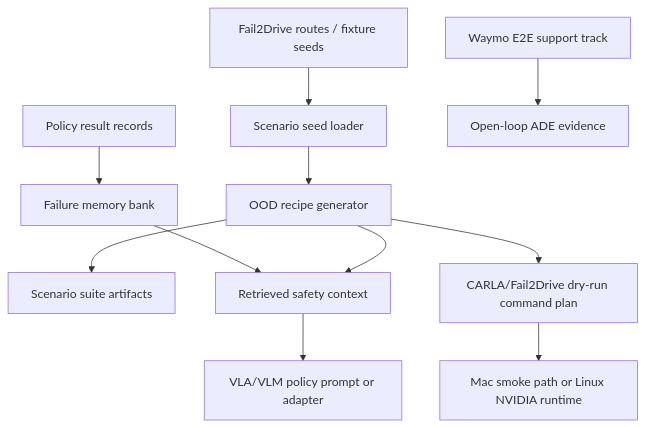
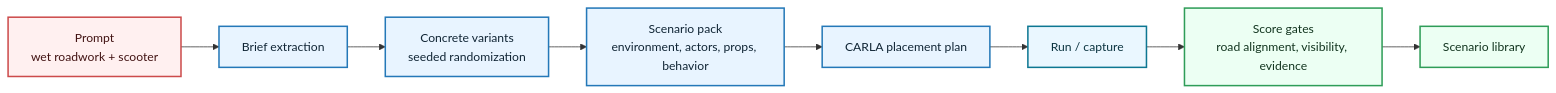
Before and after one commit to ZanarkandTechnologies/0xDriver: the second of 3 diagrams in README.md, drawn with Mermaid. The commit also changed other lines of this file and 122 other files, not shown here.

````diff
--- a/README.md
+++ b/README.md
@@ -27,13 +73,20 @@
 ```mermaid
-flowchart TD
-    A["Fail2Drive routes / fixture seeds"] --> B["Scenario seed loader"]
-    B --> C["OOD recipe generator"]
-    C --> D["Scenario suite artifacts"]
-    E["Policy result records"] --> F["Failure memory bank"]
-    F --> G["Retrieved safety context"]
-    C --> G
-    G --> H["VLA/VLM policy prompt or adapter"]
-    C --> I["CARLA/Fail2Drive dry-run command plan"]
-    I --> J["Mac smoke path or Linux NVIDIA runtime"]
-    K["Waymo E2E support track"] --> L["Open-loop ADE evidence"]
+flowchart LR
+    P["Prompt<br/>wet roadwork + scooter"] --> B["Brief extraction"]
+    B --> C["Concrete variants<br/>seeded randomization"]
+    C --> D["Scenario pack<br/>environment, actors, props, behavior"]
+    D --> E["CARLA placement plan"]
+    E --> F["Run / capture"]
+    F --> G["Score gates<br/>road alignment, visibility, evidence"]
+    G --> H["Scenario library"]
+
+    classDef prompt fill:#fff0f0,stroke:#cc4b4b,color:#421313,stroke-width:2px
+    classDef gen fill:#e8f4ff,stroke:#2478b8,color:#102535,stroke-width:2px
+    classDef sim fill:#eaf7ff,stroke:#0d7792,color:#0b3440,stroke-width:2px
+    classDef proof fill:#ecfff3,stroke:#2f9d58,color:#12351f,stroke-width:2px
+
+    class P prompt
+    class B,C,D,E gen
+    class F sim
+    class G,H proof
 ```
````
